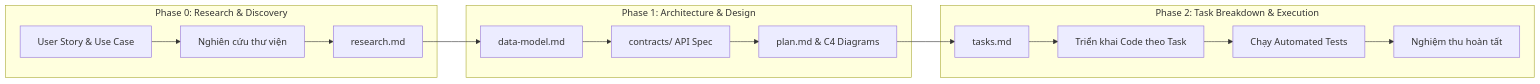
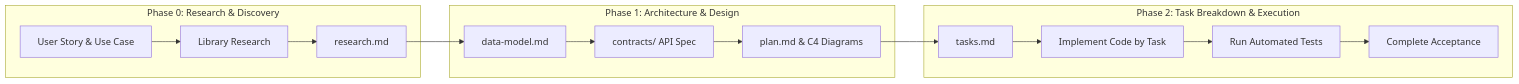
Before and after one commit to NgoTrungNghia/SE24C11-Loveyou-Group01: the fifth of 5 diagrams in docs/TECHNICAL_OVERVIEW.md, drawn with Mermaid. The commit also changed other lines of this file and 8 other files, not shown here.

````diff
--- a/docs/TECHNICAL_OVERVIEW.md
+++ b/docs/TECHNICAL_OVERVIEW.md
@@ -279,20 +272,18 @@
 ```mermaid
 flowchart LR
     subgraph P0 [Phase 0: Research & Discovery]
-        R1[User Story & Use Case] --> R2[Nghiên cứu thư viện]
+        R1[User Story & Use Case] --> R2[Library Research]
         R2 --> R3[research.md]
     end
-
     subgraph P1 [Phase 1: Architecture & Design]
         R3 --> D1[data-model.md]
         D1 --> D2[contracts/ API Spec]
         D2 --> D3[plan.md & C4 Diagrams]
     end
-
     subgraph P2 [Phase 2: Task Breakdown & Execution]
         D3 --> T1[tasks.md]
-        T1 --> T2[Triển khai Code theo Task]
-        T2 --> T3[Chạy Automated Tests]
-        T3 --> T4[Nghiệm thu hoàn tất]
+        T1 --> T2[Implement Code by Task]
+        T2 --> T3[Run Automated Tests]
+        T3 --> T4[Complete Acceptance]
     end
 ```
````
